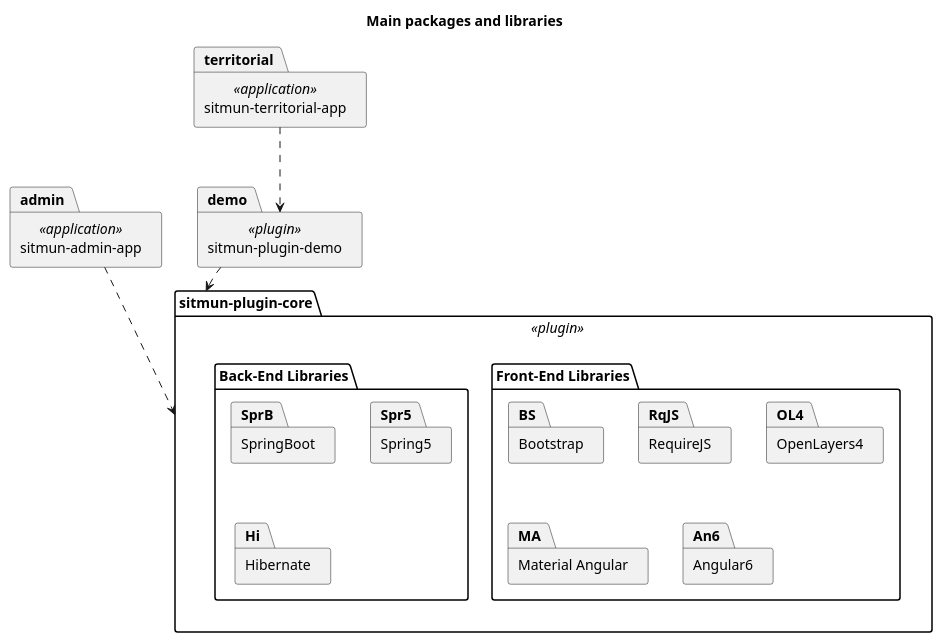
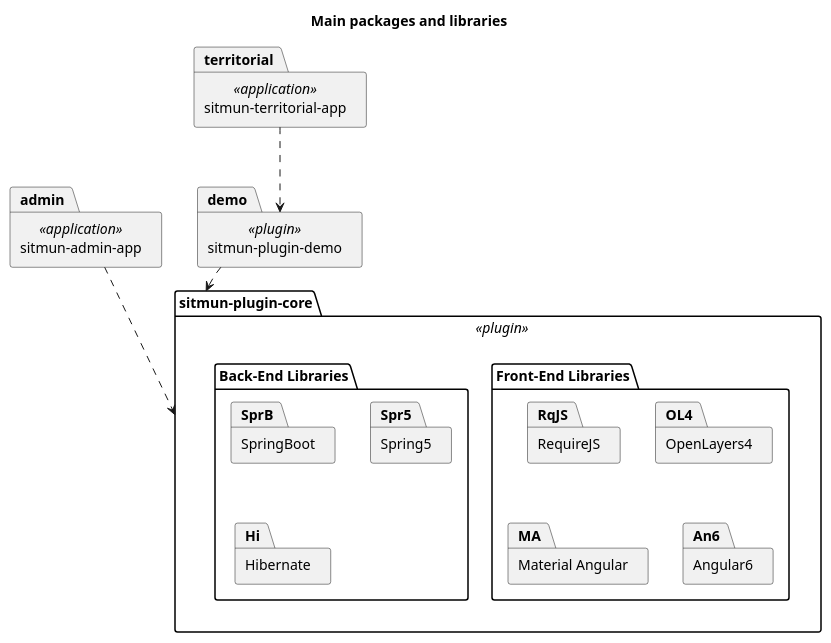
One commit to sitmun/community changed the diagram in doc/main-packages-and-libraries.puml. Above: the diagram before and after it, drawn with PlantUML.

```diff
--- a/doc/main-packages-and-libraries.puml
+++ b/doc/main-packages-and-libraries.puml
@@ -1,38 +1,37 @@
 @startuml
 
 skinparam componentStyle uml2
 
 title Main packages and libraries
 
 package "sitmun-admin-app" as admin <<application>> {
 }
 
 package "sitmun-territorial-app" as territorial <<application>> {
 }
 
 
 package "sitmun-plugin-demo" as demo <<plugin>> {
 
 }
 
 package "sitmun-plugin-core" as core <<plugin>> {
     package "Front-End Libraries" {
-        package "Bootstrap" as BS
         package "RequireJS" as RqJS
         package "OpenLayers4" as OL4
         package "Material Angular" as MA
         package "Angular6" as An6
     }
     package "Back-End Libraries" {
         package "SpringBoot" as SprB
         package "Spring5" as Spr5
         package "Hibernate" as Hi
     }
 } 
 
 
 admin ..> core
 territorial ..> demo
 demo ..> core
 
 @enduml
```
